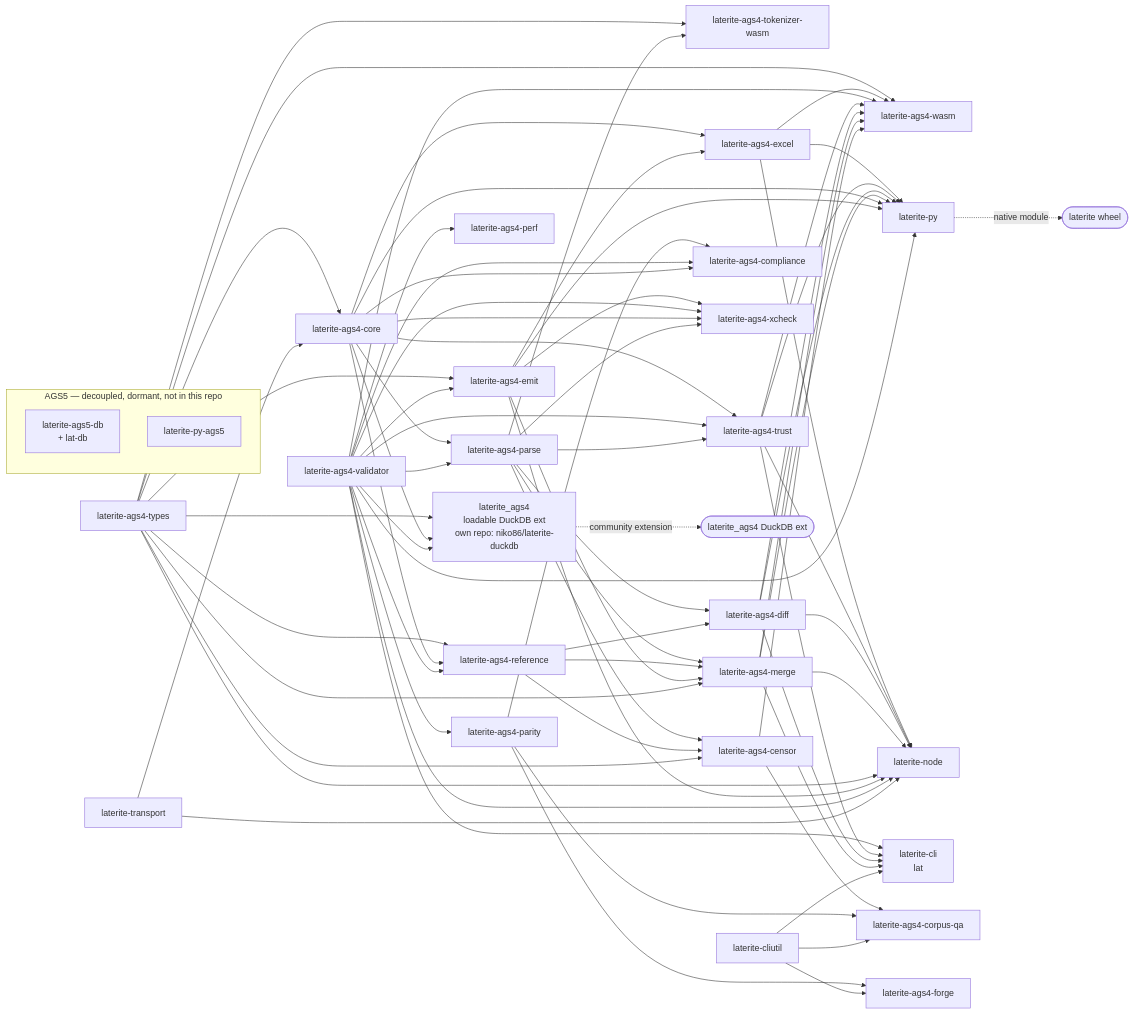
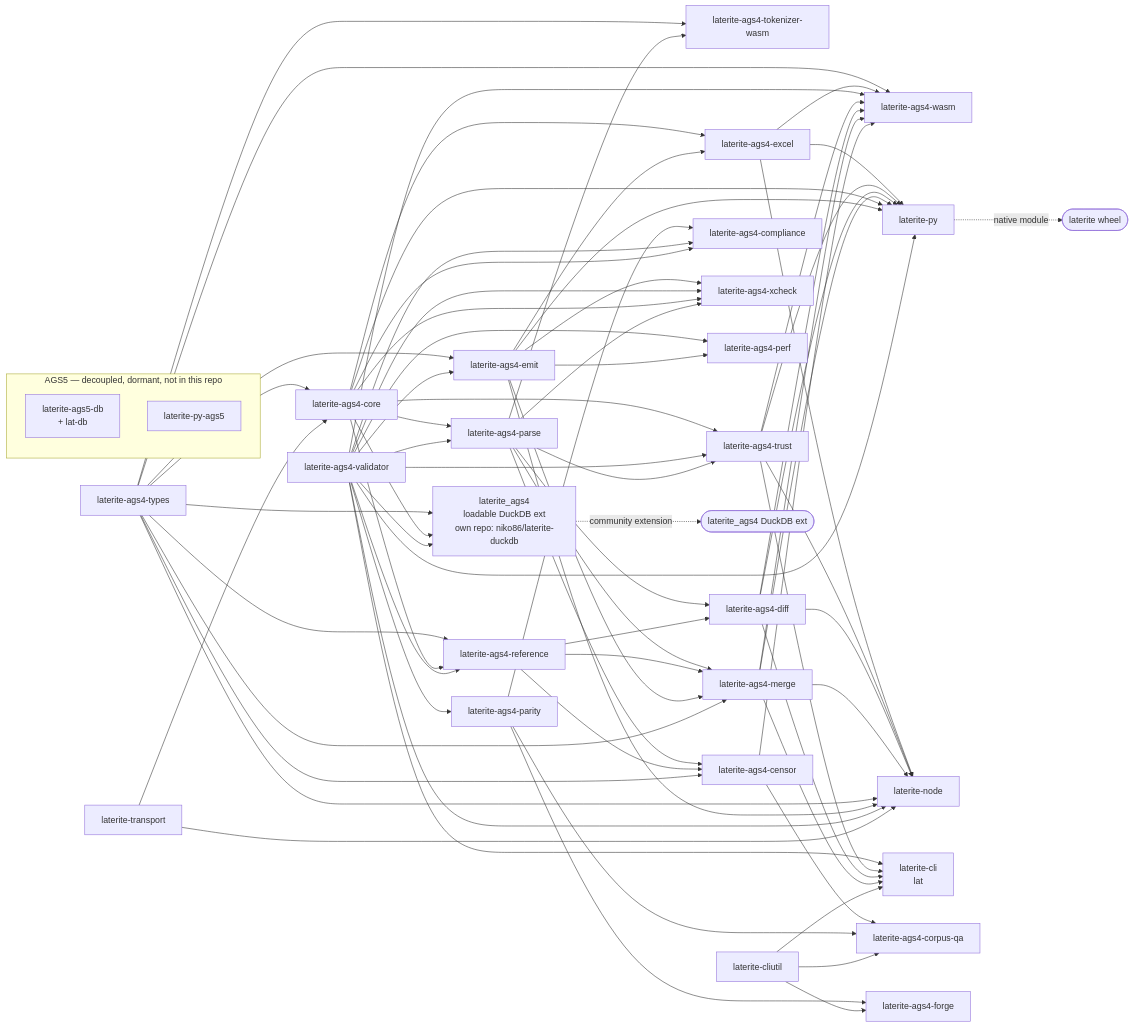
One commit to niko86/laterite changed the diagram in ags-wiki/concepts/crate-map.md. Above: the diagram before and after it, drawn with Mermaid. The commit also changed other lines of this file and 9 other files, not shown here.

````diff
--- a/ags-wiki/concepts/crate-map.md
+++ b/ags-wiki/concepts/crate-map.md
@@ -383,78 +383,79 @@
 ```mermaid
 flowchart LR
   types[laterite-ags4-types] --> core[laterite-ags4-core]
   types --> reference
   core --> parse[laterite-ags4-parse]
   core --> reference[laterite-ags4-reference]
   validator --> parse
   validator --> reference
   types --> wasm[laterite-ags4-wasm]
   types --> tokenizerwasm[laterite-ags4-tokenizer-wasm]
   parse --> tokenizerwasm
   types --> emit[laterite-ags4-emit]
   validator[laterite-ags4-validator] --> emit
   core --> excel[laterite-ags4-excel]
   emit --> excel
   excel --> latpy[laterite-py]
   excel --> latnode
   excel --> wasm
   validator --> check[laterite-cli<br/>lat]
   validator --> wasm
   core --> trust[laterite-ags4-trust]
   validator --> trust
   parse --> trust
   trust --> check
   trust --> latpy
   trust --> latnode
   trust --> wasm
   parse --> diff[laterite-ags4-diff]
   reference --> diff
   diff --> check
   diff --> latpy
   diff --> latnode
   diff --> wasm
   parse --> merge[laterite-ags4-merge]
   reference --> merge
   emit --> merge
   types --> merge
   merge --> check
   merge --> latpy
   merge --> latnode
   merge --> wasm
   parse --> censor[laterite-ags4-censor]
   reference --> censor
   types --> censor
   censor --> corpusqa
   censor --> wasm
   validator --> parity[laterite-ags4-parity]
   core --> latpy[laterite-py]
   emit --> latpy
   validator --> latpy
   types --> latnode[laterite-node]
   emit --> latnode
   validator --> latnode
   transport[laterite-transport] --> core
   transport --> latnode
   types --> duckdb["laterite_ags4<br/>loadable DuckDB ext<br/>own repo: niko86/laterite-duckdb"]
   core --> duckdb
   validator --> duckdb
   parity --> corpusqa[laterite-ags4-corpus-qa]
   parity --> forge[laterite-ags4-forge]
   parity --> compliance[laterite-ags4-compliance]
   validator --> compliance
   core --> compliance
   emit --> xcheck[laterite-ags4-xcheck]
   validator --> xcheck
   core --> xcheck
   parse --> xcheck
   validator --> perf[laterite-ags4-perf]
+  emit --> perf
   cliutil[laterite-cliutil] --> check
   cliutil --> corpusqa
   cliutil --> forge
   latpy -.native module.-> wlat([laterite wheel])
   duckdb -.community extension.-> cext([laterite_ags4 DuckDB ext])
   subgraph dormant["AGS5 — decoupled, dormant, not in this repo"]
     cli[laterite-ags5-db<br/>+ lat-db]
     latpy5[laterite-py-ags5]
   end
 ```
````
